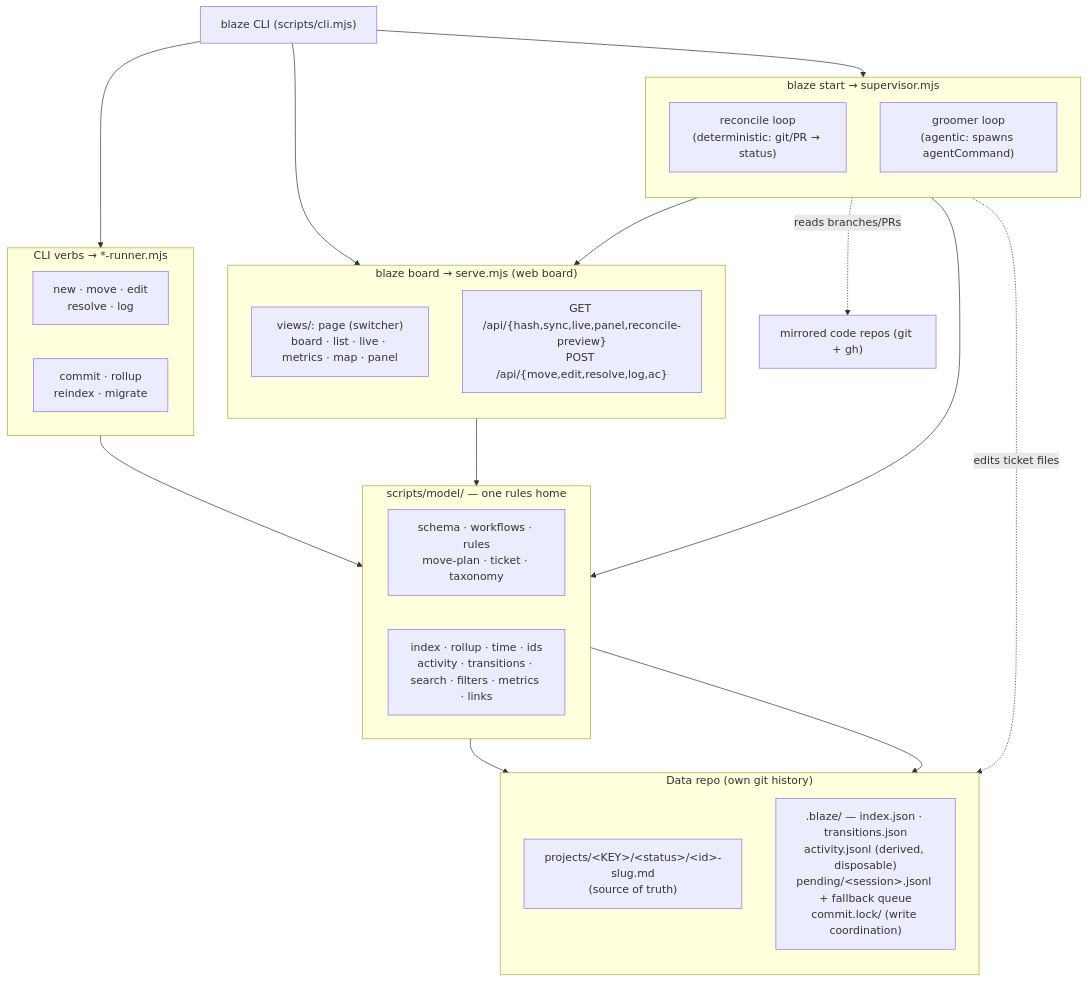
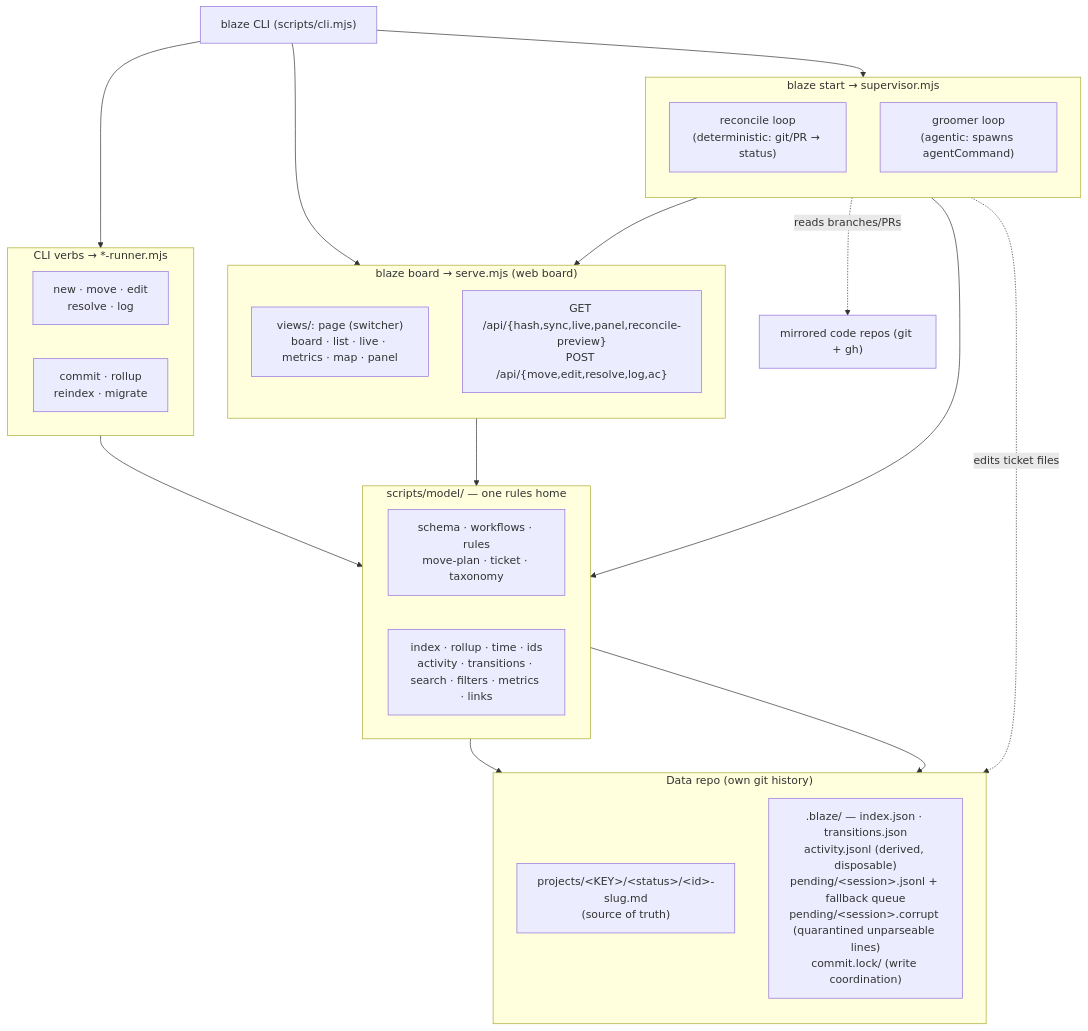
One commit to hjr15/blaze changed the first of 4 diagrams in docs/architecture.md. Above: the diagram before and after it, drawn with Mermaid. The commit also changed 8 other files, not shown here.

````diff
--- a/docs/architecture.md
+++ b/docs/architecture.md
@@ -27,47 +27,47 @@
 ```mermaid
 flowchart TB
     CLI["blaze CLI (scripts/cli.mjs)"]
 
     subgraph Runners["CLI verbs → *-runner.mjs"]
         direction LR
         R1["new · move · edit<br/>resolve · log"]
         R2["commit · rollup<br/>reindex · migrate"]
     end
 
     subgraph Sup["blaze start → supervisor.mjs"]
         direction TB
         Rec["reconcile loop<br/>(deterministic: git/PR → status)"]
         Groom["groomer loop<br/>(agentic: spawns agentCommand)"]
     end
 
     subgraph Board["blaze board → serve.mjs (web board)"]
         direction TB
         Views["views/: page (switcher)<br/>board · list · live · metrics · map · panel"]
         API["GET /api/{hash,sync,live,panel,reconcile-preview}<br/>POST /api/{move,edit,resolve,log,ac}"]
     end
 
     subgraph Model["scripts/model/ — one rules home"]
         direction LR
         M1["schema · workflows · rules<br/>move-plan · ticket · taxonomy"]
         M2["index · rollup · time · ids<br/>activity · transitions · search · filters · metrics · links"]
     end
 
     subgraph Data["Data repo (own git history)"]
         direction TB
         Files["projects/&lt;KEY&gt;/&lt;status&gt;/&lt;id&gt;-slug.md<br/>(source of truth)"]
-        Caches[".blaze/ — index.json · transitions.json<br/>activity.jsonl (derived, disposable)<br/>pending/&lt;session&gt;.jsonl + fallback queue<br/>commit.lock/ (write coordination)"]
+        Caches[".blaze/ — index.json · transitions.json<br/>activity.jsonl (derived, disposable)<br/>pending/&lt;session&gt;.jsonl + fallback queue<br/>pending/&lt;session&gt;.corrupt (quarantined unparseable lines)<br/>commit.lock/ (write coordination)"]
     end
 
     CLI --> Runners
     CLI --> Sup
     CLI --> Board
     Sup --> Board
 
     Runners --> Model
     Rec --> Model
     Board --> Model
     Model --> Files
     Model --> Caches
     Rec -. reads branches/PRs .-> Ext["mirrored code repos (git + gh)"]
     Groom -. edits ticket files .-> Files
 ```
````
